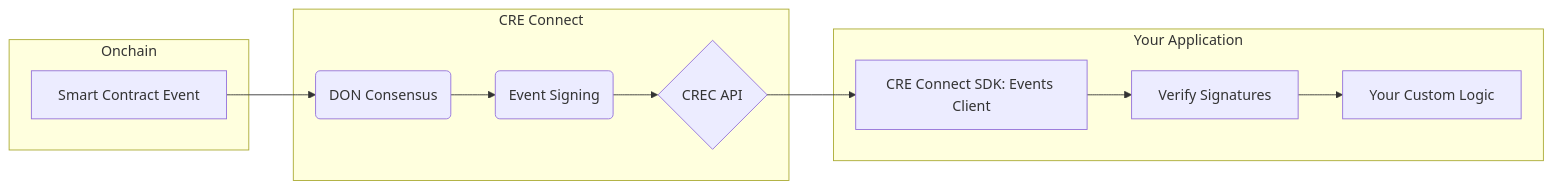
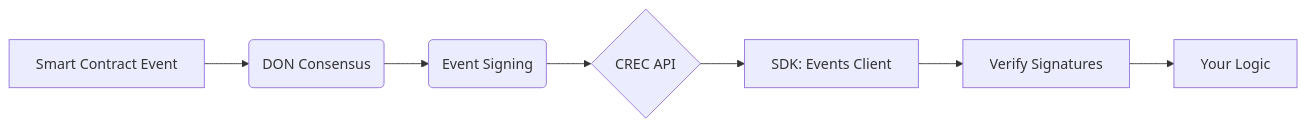
One commit to smartcontractkit/crec-sdk changed the first of 2 diagrams in README.md. Above: the diagram before and after it, drawn with Mermaid. The commit also changed other lines of this file and 40 other files, not shown here.

First line of the commit message:
BCM-1412 Split crec-sdk between clients and extensions Part 2 (#69)

````diff
--- a/README.md
+++ b/README.md
@@ -87,20 +106,4 @@
 ```mermaid
 graph LR
-    subgraph Onchain
-        A[Smart Contract Event]
-    end
-
-    subgraph CRE Connect
-        B(DON Consensus)
-        C(Event Signing)
-        D{CREC API}
-    end
-
-    subgraph Your Application
-        E[CRE Connect SDK: Events Client]
-        F[Verify Signatures]
-        G[Your Custom Logic]
-    end
-
-    A --> B --> C --> D --> E --> F --> G
+    A[Smart Contract Event] --> B(DON Consensus) --> C(Event Signing) --> D{CREC API} --> E[SDK: Events Client] --> F[Verify Signatures] --> G[Your Logic]
 ```
````
